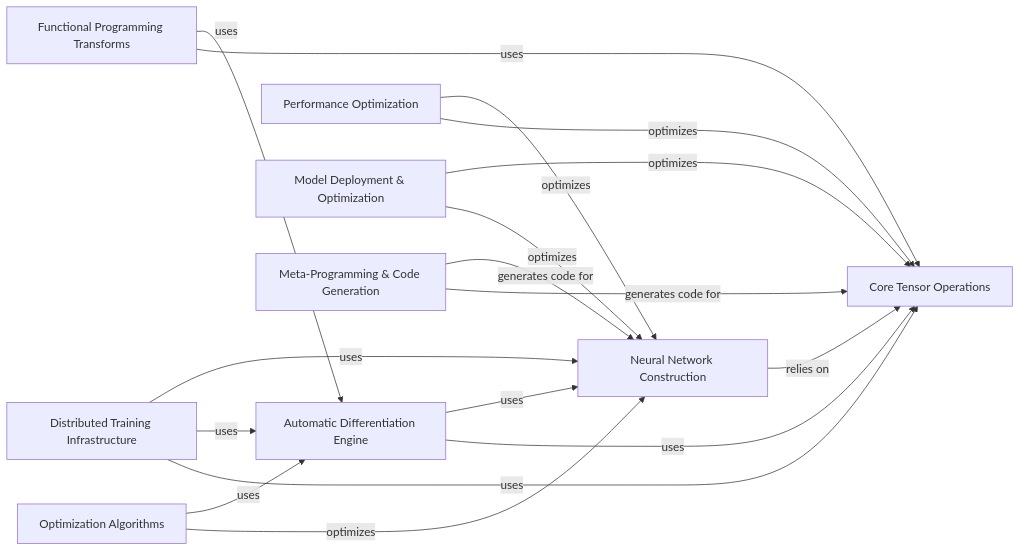
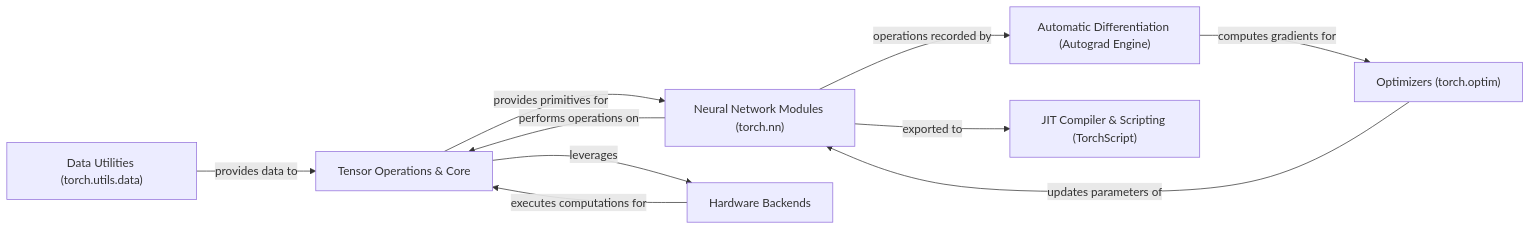
Before and after one commit to CodeBoarding/GeneratedOnBoardings: the diagram in pytorch/on_boarding.md, drawn with Mermaid. The commit also changed other lines of this file and 16 other files, not shown here.

````diff
--- a/pytorch/on_boarding.md
+++ b/pytorch/on_boarding.md
@@ -1,37 +1,26 @@
 ```mermaid
 graph LR
-    Core_Tensor_Operations["Core Tensor Operations"]
-    Neural_Network_Construction["Neural Network Construction"]
-    Automatic_Differentiation_Engine["Automatic Differentiation Engine"]
-    Optimization_Algorithms["Optimization Algorithms"]
-    Performance_Optimization["Performance Optimization"]
-    Distributed_Training_Infrastructure["Distributed Training Infrastructure"]
-    Model_Deployment_Optimization["Model Deployment & Optimization"]
-    Meta_Programming_Code_Generation["Meta-Programming & Code Generation"]
-    Functional_Programming_Transforms["Functional Programming Transforms"]
-    Neural_Network_Construction -- "relies on" --> Core_Tensor_Operations
-    Automatic_Differentiation_Engine -- "uses" --> Core_Tensor_Operations
-    Automatic_Differentiation_Engine -- "uses" --> Neural_Network_Construction
-    Optimization_Algorithms -- "optimizes" --> Neural_Network_Construction
-    Optimization_Algorithms -- "uses" --> Automatic_Differentiation_Engine
-    Performance_Optimization -- "optimizes" --> Core_Tensor_Operations
-    Performance_Optimization -- "optimizes" --> Neural_Network_Construction
-    Distributed_Training_Infrastructure -- "uses" --> Core_Tensor_Operations
-    Distributed_Training_Infrastructure -- "uses" --> Automatic_Differentiation_Engine
-    Distributed_Training_Infrastructure -- "uses" --> Neural_Network_Construction
-    Model_Deployment_Optimization -- "optimizes" --> Neural_Network_Construction
-    Model_Deployment_Optimization -- "optimizes" --> Core_Tensor_Operations
-    Meta_Programming_Code_Generation -- "generates code for" --> Core_Tensor_Operations
-    Meta_Programming_Code_Generation -- "generates code for" --> Neural_Network_Construction
-    Functional_Programming_Transforms -- "uses" --> Core_Tensor_Operations
-    Functional_Programming_Transforms -- "uses" --> Automatic_Differentiation_Engine
-    click Core_Tensor_Operations href "https://github.com/CodeBoarding/GeneratedOnBoardings/blob/main/pytorch/Core Tensor Operations.md" "Details"
-    click Neural_Network_Construction href "https://github.com/CodeBoarding/GeneratedOnBoardings/blob/main/pytorch/Neural Network Construction.md" "Details"
-    click Automatic_Differentiation_Engine href "https://github.com/CodeBoarding/GeneratedOnBoardings/blob/main/pytorch/Automatic Differentiation Engine.md" "Details"
-    click Optimization_Algorithms href "https://github.com/CodeBoarding/GeneratedOnBoardings/blob/main/pytorch/Optimization Algorithms.md" "Details"
-    click Performance_Optimization href "https://github.com/CodeBoarding/GeneratedOnBoardings/blob/main/pytorch/Performance Optimization.md" "Details"
-    click Distributed_Training_Infrastructure href "https://github.com/CodeBoarding/GeneratedOnBoardings/blob/main/pytorch/Distributed Training Infrastructure.md" "Details"
-    click Model_Deployment_Optimization href "https://github.com/CodeBoarding/GeneratedOnBoardings/blob/main/pytorch/Model Deployment & Optimization.md" "Details"
-    click Meta_Programming_Code_Generation href "https://github.com/CodeBoarding/GeneratedOnBoardings/blob/main/pytorch/Meta-Programming & Code Generation.md" "Details"
-    click Functional_Programming_Transforms href "https://github.com/CodeBoarding/GeneratedOnBoardings/blob/main/pytorch/Functional Programming Transforms.md" "Details"
+    Tensor_Operations_Core["Tensor Operations & Core"]
+    Automatic_Differentiation_Autograd_Engine_["Automatic Differentiation (Autograd Engine)"]
+    Neural_Network_Modules_torch_nn_["Neural Network Modules (torch.nn)"]
+    Optimizers_torch_optim_["Optimizers (torch.optim)"]
+    Data_Utilities_torch_utils_data_["Data Utilities (torch.utils.data)"]
+    JIT_Compiler_Scripting_TorchScript_["JIT Compiler & Scripting (TorchScript)"]
+    Hardware_Backends["Hardware Backends"]
+    Data_Utilities_torch_utils_data_ -- "provides data to" --> Tensor_Operations_Core
+    Tensor_Operations_Core -- "provides primitives for" --> Neural_Network_Modules_torch_nn_
+    Tensor_Operations_Core -- "leverages" --> Hardware_Backends
+    Neural_Network_Modules_torch_nn_ -- "performs operations on" --> Tensor_Operations_Core
+    Neural_Network_Modules_torch_nn_ -- "operations recorded by" --> Automatic_Differentiation_Autograd_Engine_
+    Neural_Network_Modules_torch_nn_ -- "exported to" --> JIT_Compiler_Scripting_TorchScript_
+    Automatic_Differentiation_Autograd_Engine_ -- "computes gradients for" --> Optimizers_torch_optim_
+    Optimizers_torch_optim_ -- "updates parameters of" --> Neural_Network_Modules_torch_nn_
+    Hardware_Backends -- "executes computations for" --> Tensor_Operations_Core
+    click Tensor_Operations_Core href "https://github.com/CodeBoarding/GeneratedOnBoardings/blob/main/pytorch/Tensor_Operations_Core.md" "Details"
+    click Automatic_Differentiation_Autograd_Engine_ href "https://github.com/CodeBoarding/GeneratedOnBoardings/blob/main/pytorch/Automatic_Differentiation_Autograd_Engine_.md" "Details"
+    click Neural_Network_Modules_torch_nn_ href "https://github.com/CodeBoarding/GeneratedOnBoardings/blob/main/pytorch/Neural_Network_Modules_torch_nn_.md" "Details"
+    click Optimizers_torch_optim_ href "https://github.com/CodeBoarding/GeneratedOnBoardings/blob/main/pytorch/Optimizers_torch_optim_.md" "Details"
+    click Data_Utilities_torch_utils_data_ href "https://github.com/CodeBoarding/GeneratedOnBoardings/blob/main/pytorch/Data_Utilities_torch_utils_data_.md" "Details"
+    click JIT_Compiler_Scripting_TorchScript_ href "https://github.com/CodeBoarding/GeneratedOnBoardings/blob/main/pytorch/JIT_Compiler_Scripting_TorchScript_.md" "Details"
+    click Hardware_Backends href "https://github.com/CodeBoarding/GeneratedOnBoardings/blob/main/pytorch/Hardware_Backends.md" "Details"
 ```
````
